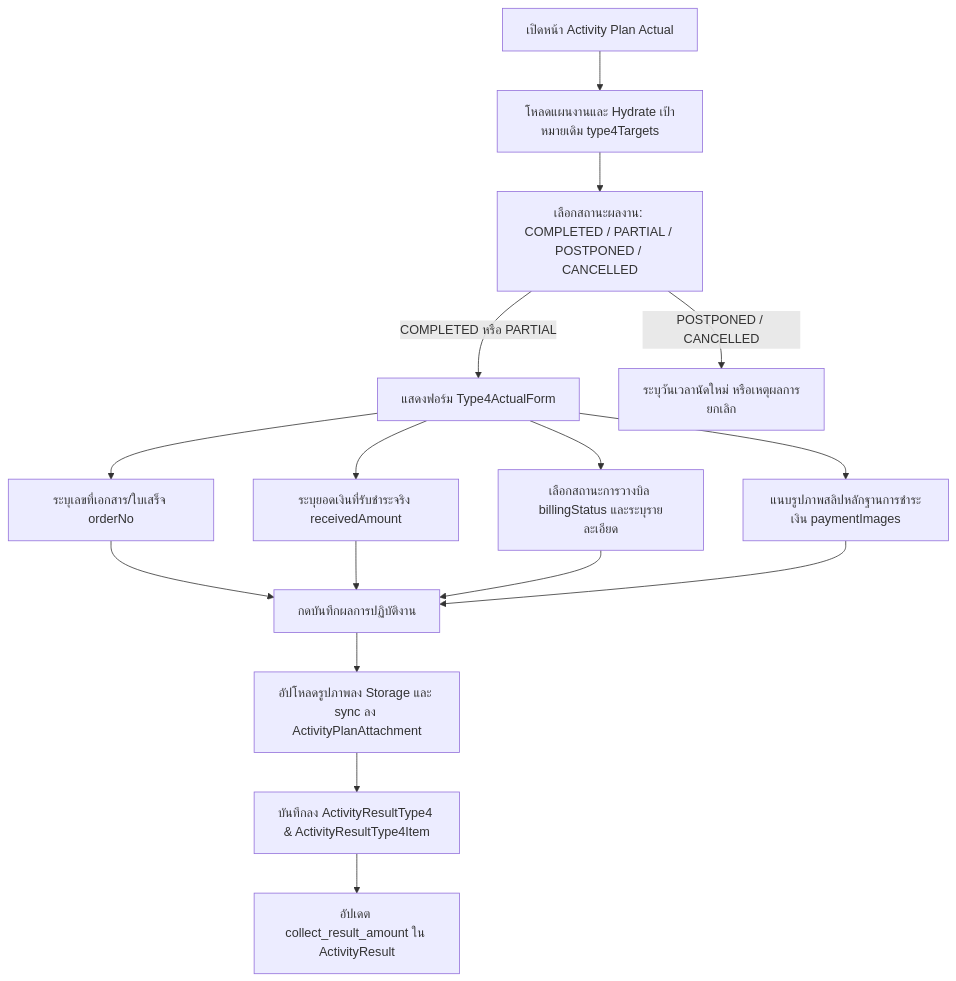
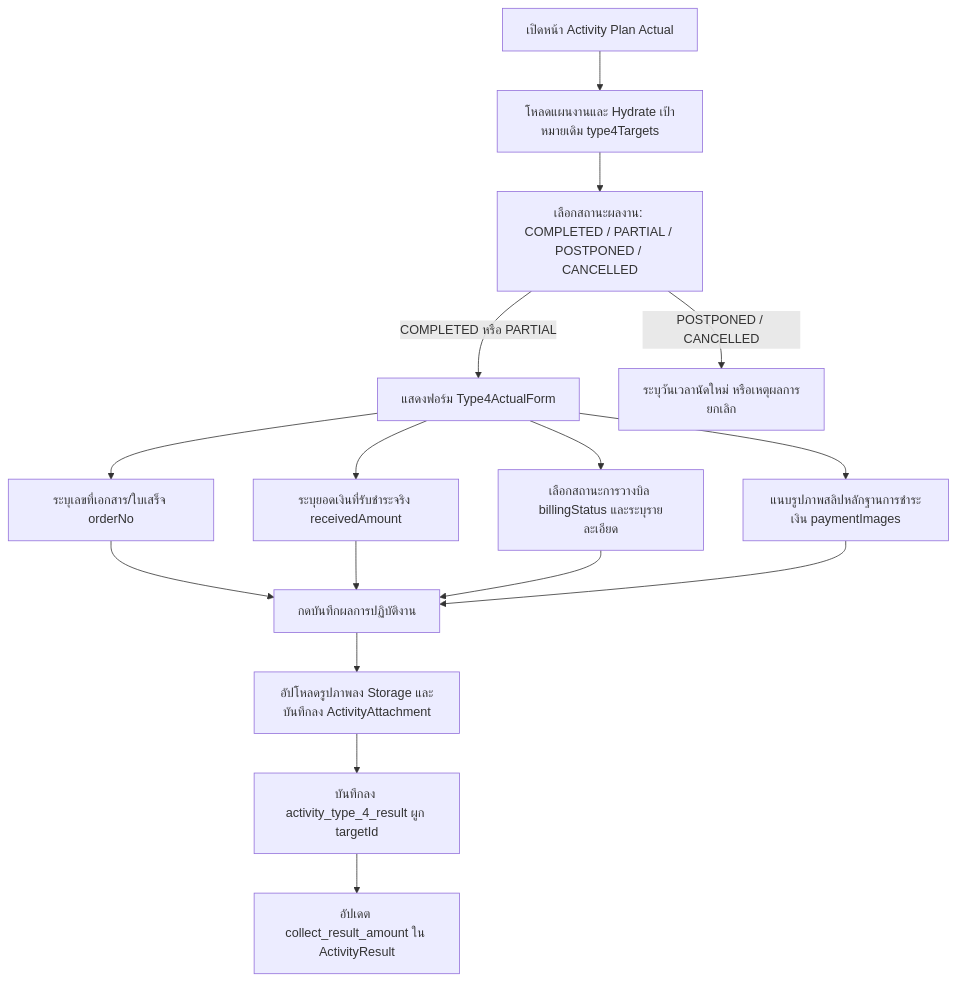
Before and after one commit to bankhk10/crm-bank: the second of 3 diagrams in modules/activity/features/type-4/README.md, drawn with Mermaid. The commit also changed other lines of this file and 19 other files, not shown here.

````diff
--- a/modules/activity/features/type-4/README.md
+++ b/modules/activity/features/type-4/README.md
@@ -64,15 +63,15 @@
 ```mermaid
 graph TD
     A[เปิดหน้า Activity Plan Actual] --> B[โหลดแผนงานและ Hydrate เป้าหมายเดิม type4Targets]
     B --> C[เลือกสถานะผลงาน: COMPLETED / PARTIAL / POSTPONED / CANCELLED]
     C -->|COMPLETED หรือ PARTIAL| D[แสดงฟอร์ม Type4ActualForm]
     D --> E[ระบุเลขที่เอกสาร/ใบเสร็จ orderNo]
     D --> F[ระบุยอดเงินที่รับชำระจริง receivedAmount]
     D --> G[เลือกสถานะการวางบิล billingStatus และระบุรายละเอียด]
     D --> H[แนบรูปภาพสลิปหลักฐานการชำระเงิน paymentImages]
     E & F & G & H --> I[กดบันทึกผลการปฏิบัติงาน]
-    I --> J[อัปโหลดรูปภาพลง Storage และ sync ลง ActivityPlanAttachment]
-    J --> K[บันทึกลง ActivityResultType4 & ActivityResultType4Item]
+    I --> J[อัปโหลดรูปภาพลง Storage และบันทึกลง ActivityAttachment]
+    J --> K[บันทึกลง activity_type_4_result ผูก targetId]
     K --> L[อัปเดต collect_result_amount ใน ActivityResult]
     C -->|POSTPONED / CANCELLED| M[ระบุวันเวลานัดใหม่ หรือเหตุผลการยกเลิก]
 ```
````
